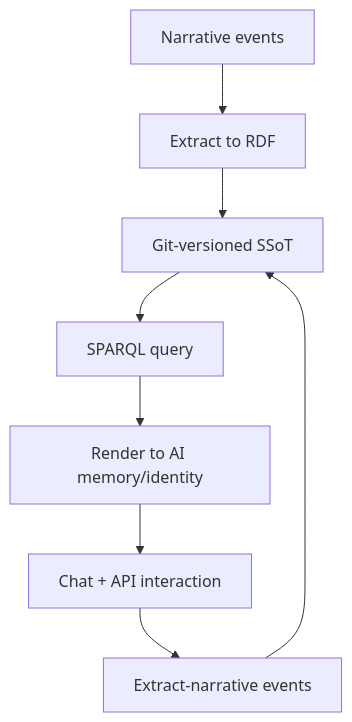
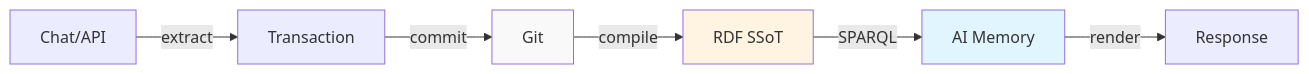
The third of 5 diagrams in conj-talk-2025.md (Synthetic-Identity-Co/conj-talk-2025), drawn with Mermaid before and after one commit. The commit also changed other lines of this file, not shown here.

````diff
--- a/conj-talk-2025.md
+++ b/conj-talk-2025.md
@@ -116,10 +259,12 @@
 ```mermaid
-graph TD
-    A[Narrative events] --> B[Extract to RDF]
-    B --> C[Git-versioned SSoT]
-    C --> D[SPARQL query]
-    D --> E[Render to AI memory/identity]
-    E --> F[Chat + API interaction]
-    F --> G[Extract-narrative events]
-    G --> C
+graph LR
+    A[Chat/API] -->|extract| B[Transaction]
+    B -->|commit| C[Git]
+    C -->|compile| D[RDF SSoT]
+    D -->|SPARQL| E[AI Memory]
+    E -->|render| F[Response]
+    
+    style C fill:#f9f9f9
+    style D fill:#fff4e1
+    style E fill:#e1f5ff
 ```
````
